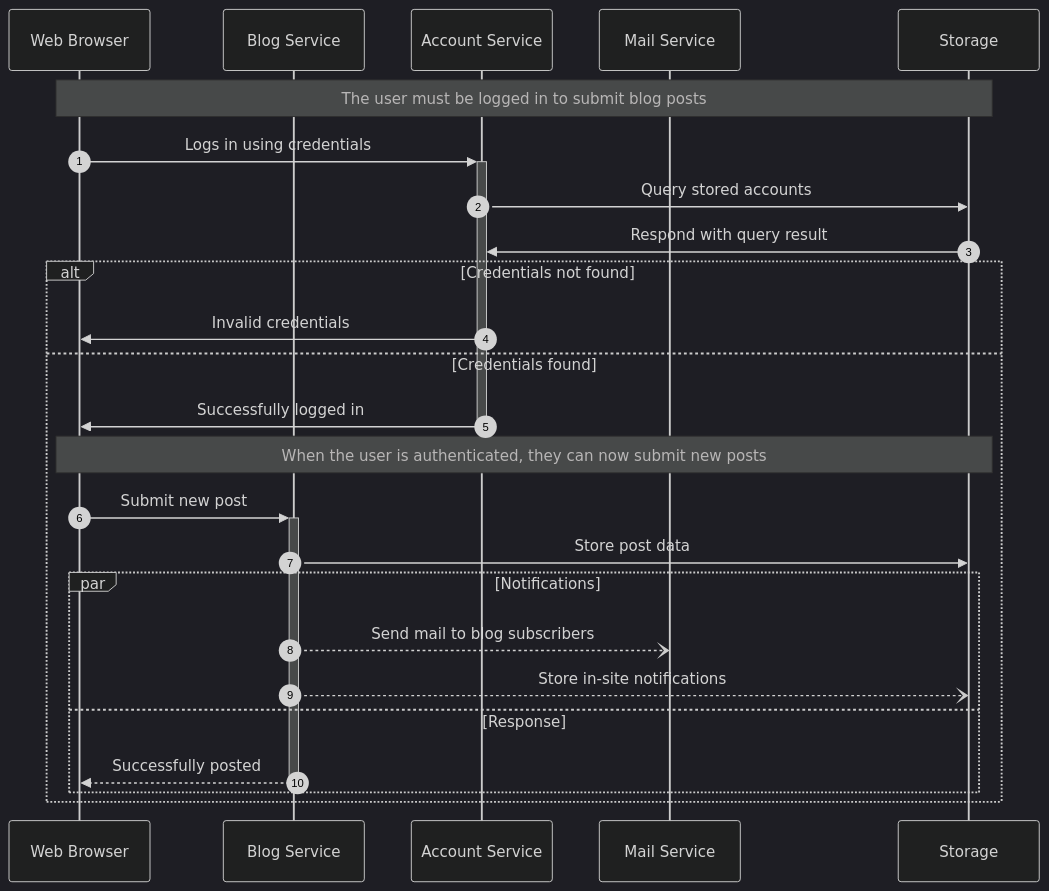
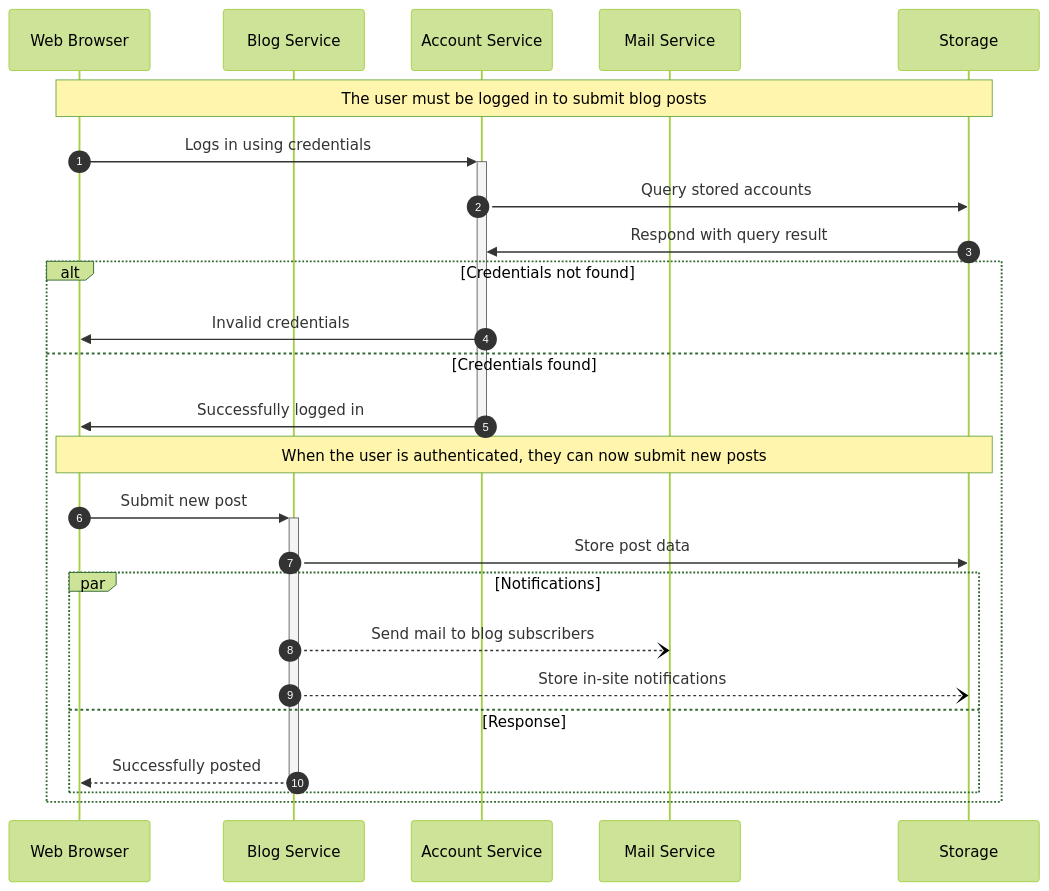
One commit to Kuziomkin/diagrams changed the fifth of 6 diagrams in erd_example.md. Above: the diagram before and after it, drawn with Mermaid.

````diff
--- a/erd_example.md
+++ b/erd_example.md
@@ -72,37 +72,37 @@
 ```mermaid
 ---
 config:
   layout: dagre
   look: classic
-  theme: dark
+  theme: forest
 ---
     sequenceDiagram
         autonumber
         participant web as Web Browser
         participant blog as Blog Service
         participant account as Account Service
         participant mail as Mail Service
         participant db as Storage
     
         Note over web,db: The user must be logged in to submit blog posts
         web->>+account: Logs in using credentials
         account->>db: Query stored accounts
         db->>account: Respond with query result
     
         alt Credentials not found
             account->>web: Invalid credentials
         else Credentials found
             account->>-web: Successfully logged in
     
             Note over web,db: When the user is authenticated, they can now submit new posts
             web->>+blog: Submit new post
             blog->>db: Store post data
     
             par Notifications
                 blog--)mail: Send mail to blog subscribers
                 blog--)db: Store in-site notifications
             and Response
                 blog-->>-web: Successfully posted
             end
         end
 ```
````
